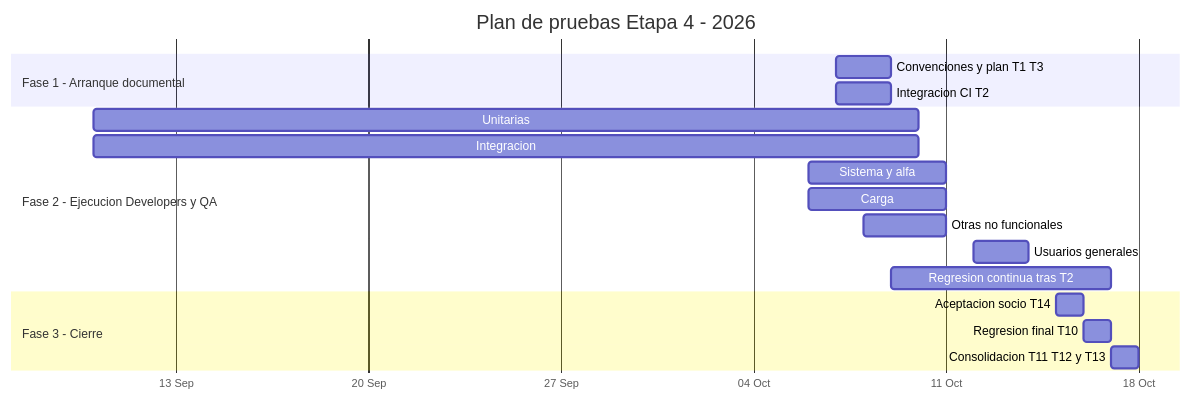
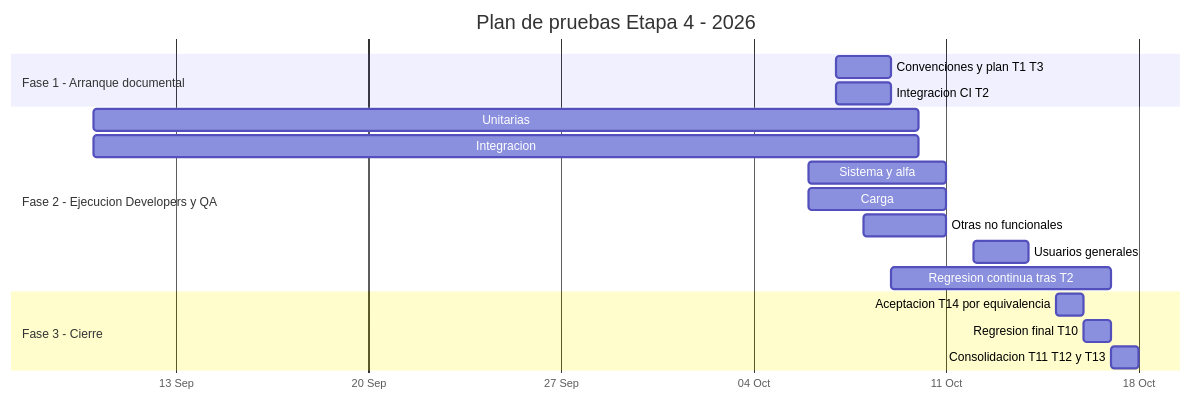
Before and after one commit to CardozoPapaDelAme/dog_report_app: the diagram in docs/testing/PLAN.md, drawn with Mermaid. The commit also changed other lines of this file and 9 other files, not shown here.

````diff
--- a/docs/testing/PLAN.md
+++ b/docs/testing/PLAN.md
@@ -83,21 +88,21 @@
 ```mermaid
 gantt
     title Plan de pruebas Etapa 4 - 2026
     dateFormat YYYY-MM-DD
     axisFormat %d %b
     section Fase 1 - Arranque documental
     Convenciones y plan T1 T3       :arranque, 2026-10-07, 2026-10-09
     Integracion CI T2               :ciSetup, 2026-10-07, 2026-10-09
     section Fase 2 - Ejecucion Developers y QA
     Unitarias                      :unitarias, 2026-09-10, 2026-10-10
     Integracion                    :integracion, 2026-09-10, 2026-10-10
     Sistema y alfa                 :sistema, 2026-10-06, 2026-10-11
     Carga                          :carga, 2026-10-06, 2026-10-11
     Otras no funcionales            :noFuncionales, 2026-10-08, 2026-10-11
     Usuarios generales             :usuarios, 2026-10-12, 2026-10-14
     Regresion continua tras T2      :regresion, 2026-10-09, 2026-10-17
     section Fase 3 - Cierre
-    Aceptacion socio T14            :aceptacion, 2026-10-15, 1d
+    Aceptacion T14 por equivalencia :aceptacion, 2026-10-15, 1d
     Regresion final T10             :regresionFinal, 2026-10-16, 1d
     Consolidacion T11 T12 y T13     :cierre, 2026-10-17, 1d
 ```
````
